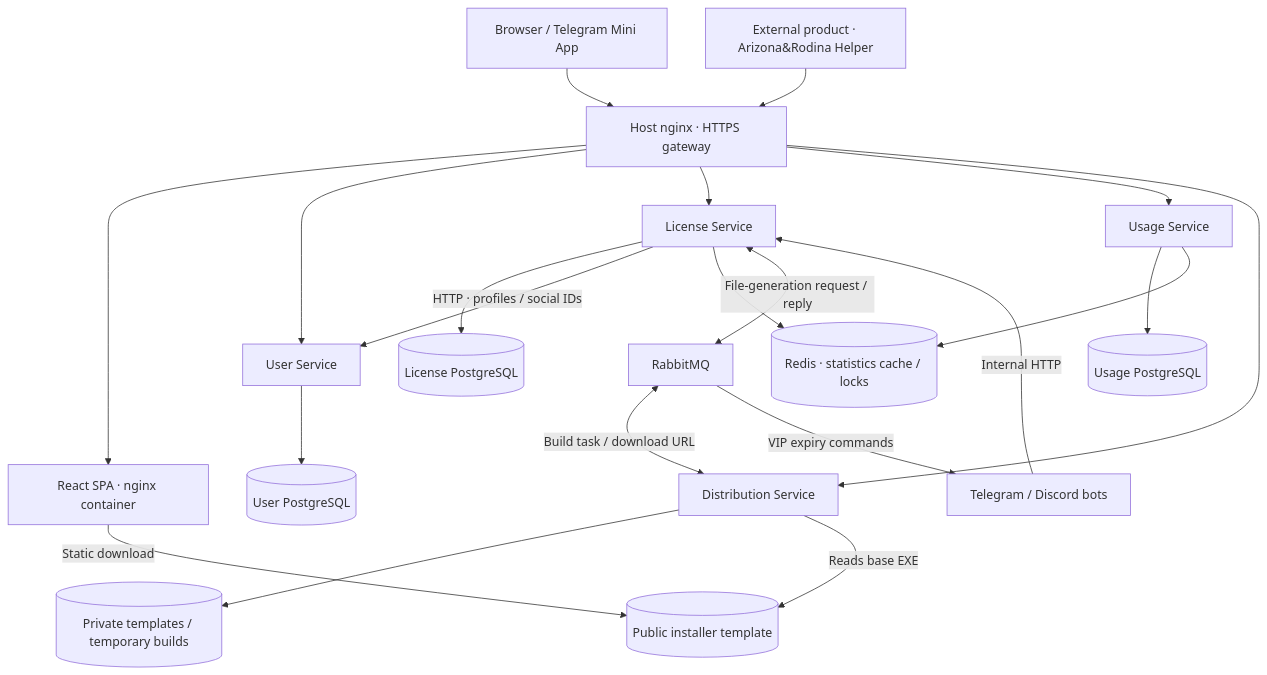
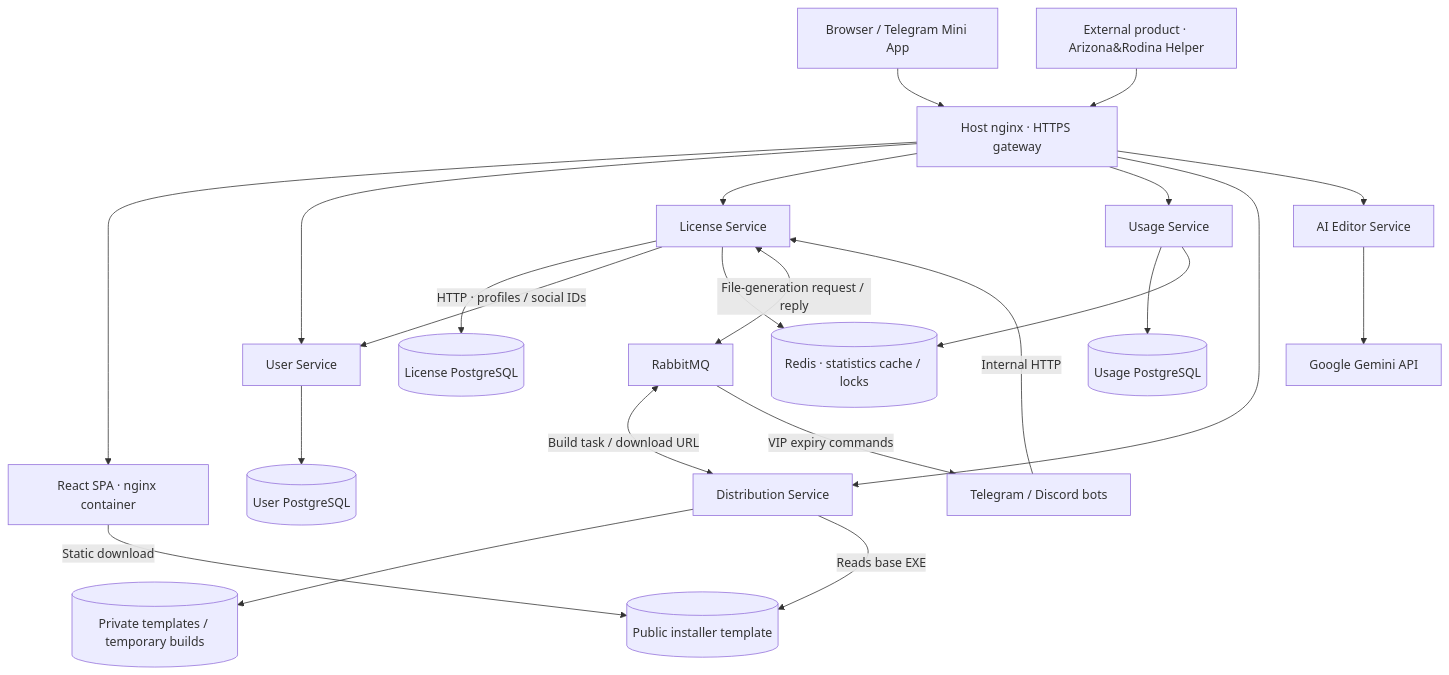
The first of 2 diagrams in README.md (MTGMODS/license-management-platform), drawn with Mermaid before and after one commit. The commit also changed other lines of this file and 3 other files, not shown here.

Commit message:
feat: add AI Editor service and update architecture documentation

````diff
--- a/README.md
+++ b/README.md
@@ -125,23 +125,25 @@
 ```mermaid
 flowchart TB
     Browser["Browser / Telegram Mini App"] --> Gateway["Host nginx · HTTPS gateway"]
     Product["External product · Arizona&Rodina Helper"] --> Gateway
     Gateway --> Web["React SPA · nginx container"]
     Gateway --> User["User Service"]
     Gateway --> License["License Service"]
     Gateway --> Usage["Usage Service"]
     Gateway --> Distribution["Distribution Service"]
+    Gateway --> AIEditor["AI Editor Service"]
+    AIEditor --> Gemini["Google Gemini API"]
     User --> UserDB[("User PostgreSQL")]
     License --> LicenseDB[("License PostgreSQL")]
     Usage --> UsageDB[("Usage PostgreSQL")]
     License -->|"HTTP · profiles / social IDs"| User
     License --> Redis[("Redis · statistics cache / locks")]
     Usage --> Redis
     License <-->|"File-generation request / reply"| Rabbit["RabbitMQ"]
     Rabbit <-->|"Build task / download URL"| Distribution
     Distribution --> Files[("Private templates / temporary builds")]
     Web -->|"Static download"| Installer[("Public installer template")]
     Distribution -->|"Reads base EXE"| Installer
     Rabbit -->|"VIP expiry commands"| Bots["Telegram / Discord bots"]
     Bots -->|"Internal HTTP"| License
 ```
````
